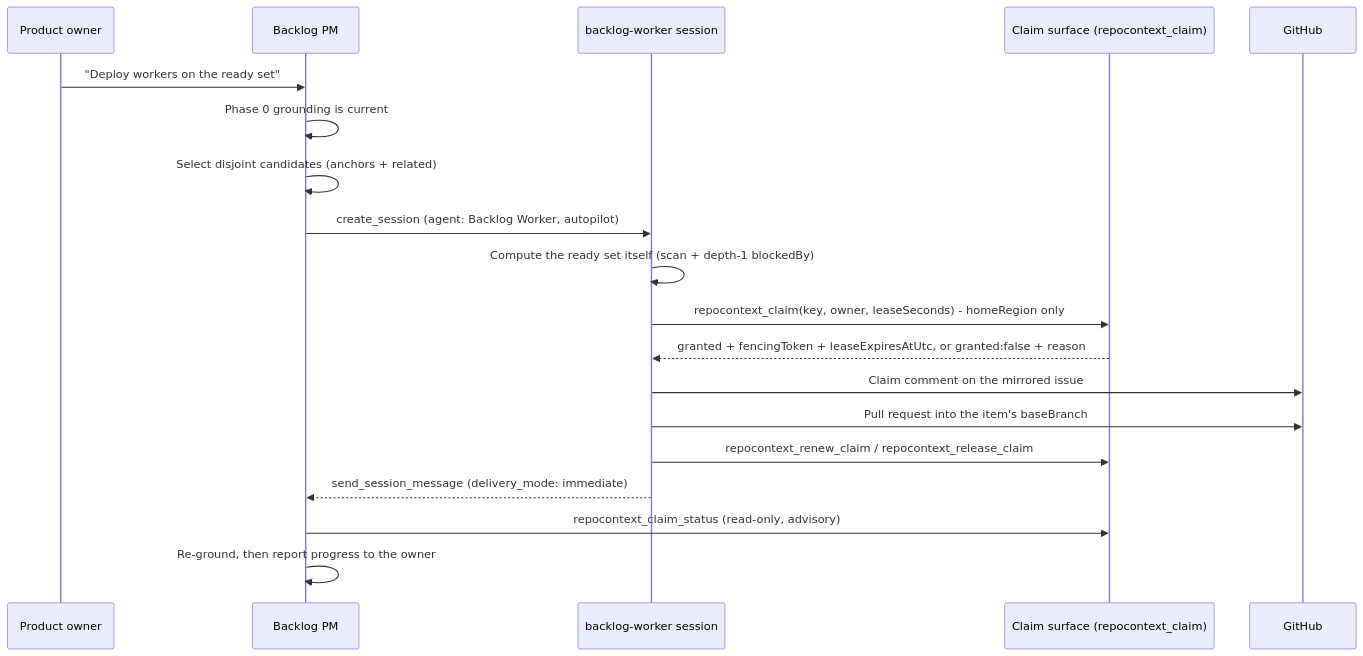
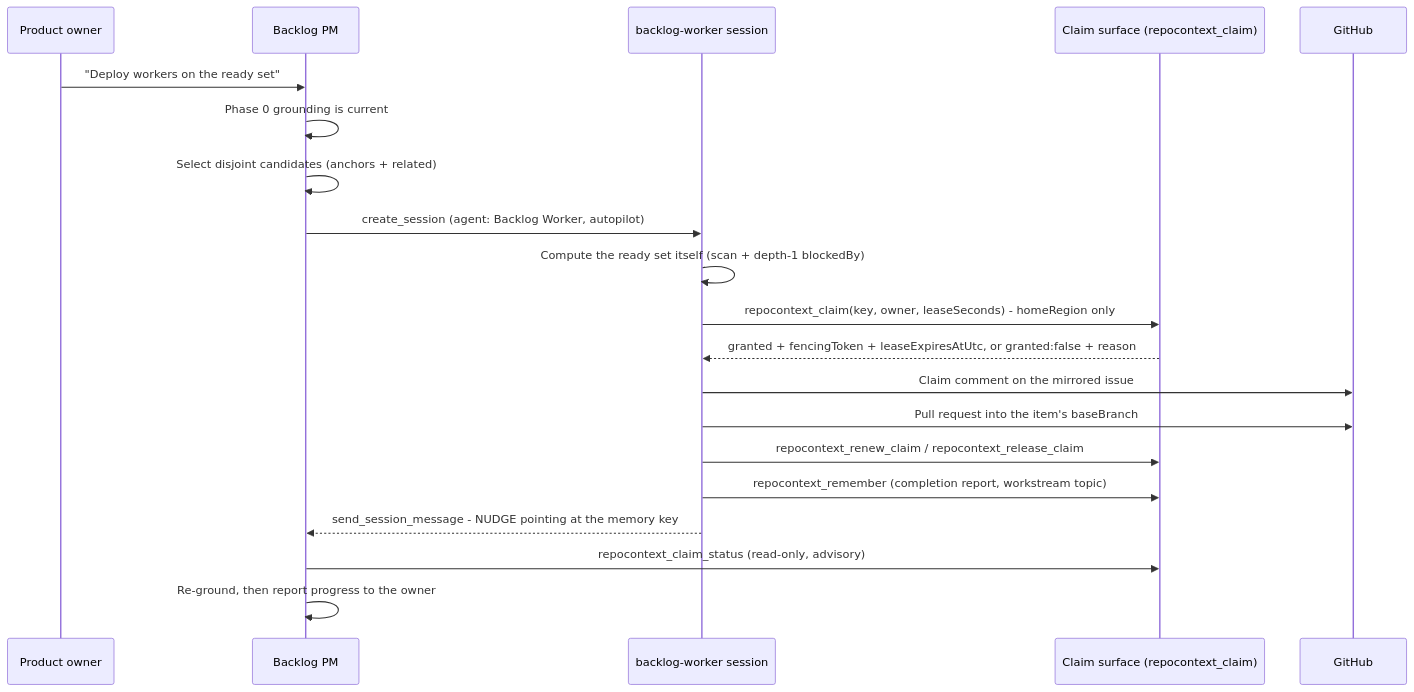
The third of 3 diagrams in samples/AgentBacklog/template/backlog-pm.base.md (NSTA1/Orleans.Lattice), drawn with Mermaid before and after one commit. The commit also changed other lines of this file and 9 other files, not shown here.

````diff
--- a/samples/AgentBacklog/template/backlog-pm.base.md
+++ b/samples/AgentBacklog/template/backlog-pm.base.md
@@ -515,22 +515,23 @@
 ```mermaid
 sequenceDiagram
     participant PO as Product owner
     participant PM as Backlog PM
     participant W as backlog-worker session
     participant L as Claim surface (repocontext_claim)
     participant GH as GitHub
 
     PO->>PM: "Deploy workers on the ready set"
     PM->>PM: Phase 0 grounding is current
     PM->>PM: Select disjoint candidates (anchors + related)
     PM->>W: create_session (agent: Backlog Worker, autopilot)
     W->>W: Compute the ready set itself (scan + depth-1 blockedBy)
     W->>L: repocontext_claim(key, owner, leaseSeconds) - homeRegion only
     L-->>W: granted + fencingToken + leaseExpiresAtUtc, or granted:false + reason
     W->>GH: Claim comment on the mirrored issue
     W->>GH: Pull request into the item's baseBranch
     W->>L: repocontext_renew_claim / repocontext_release_claim
-    W-->>PM: send_session_message (delivery_mode: immediate)
+    W->>L: repocontext_remember (completion report, workstream topic)
+    W-->>PM: send_session_message - NUDGE pointing at the memory key
     PM->>L: repocontext_claim_status (read-only, advisory)
     PM->>PM: Re-ground, then report progress to the owner
 ```
````
